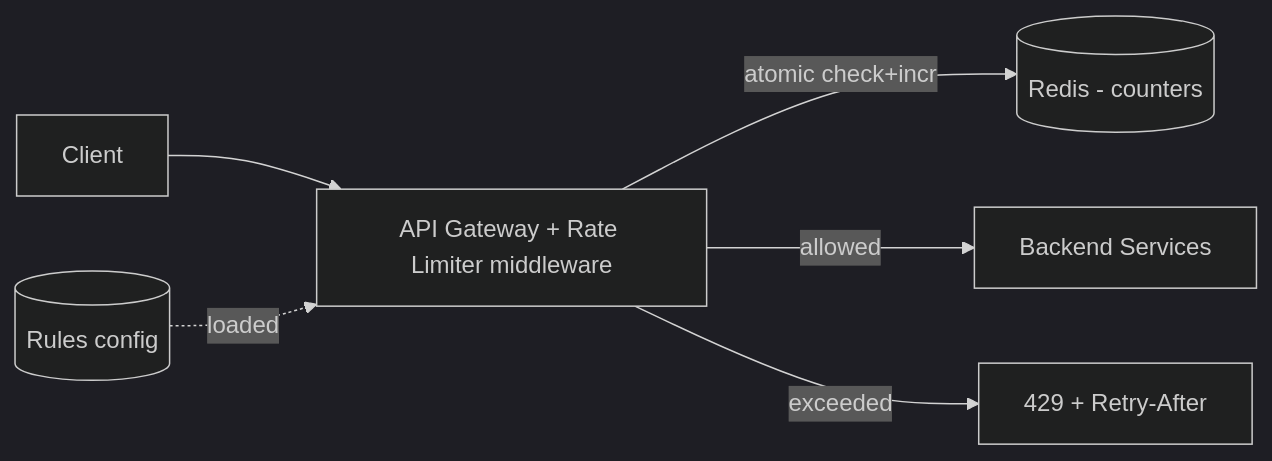
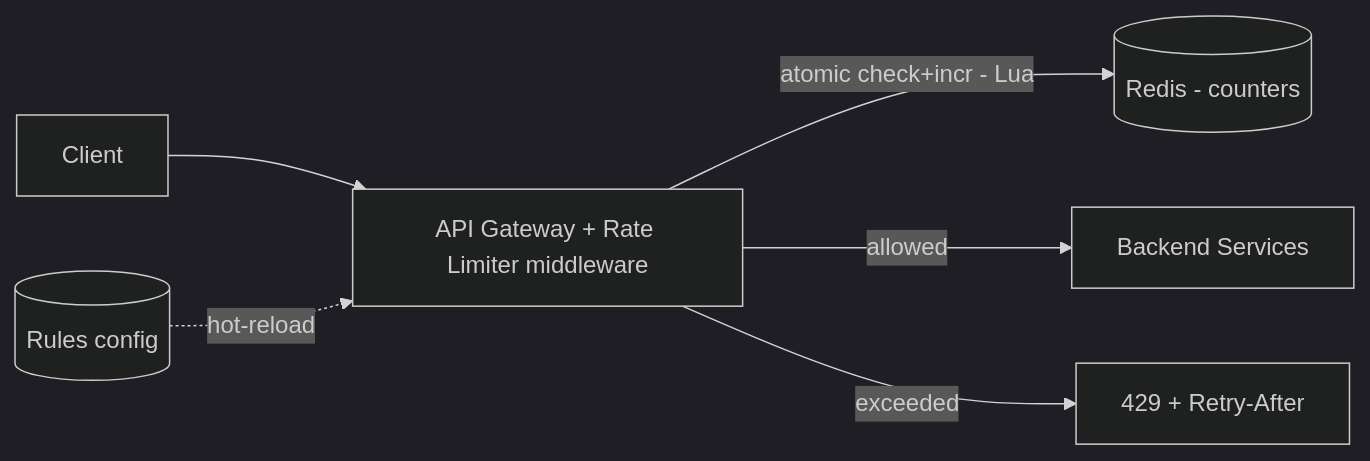
Before and after one commit to hiepgithub2001/swedocs: the diagram in system-design/2-case-studies/rate-limiter.md, drawn with Mermaid (dark theme). The commit also changed other lines of this file and 4 other files, not shown here.

````diff
--- a/system-design/2-case-studies/rate-limiter.md
+++ b/system-design/2-case-studies/rate-limiter.md
@@ -32,8 +47,8 @@
 ```mermaid
 flowchart LR
     C[Client] --> GW[API Gateway + Rate Limiter middleware]
-    GW -->|atomic check+incr| R[(Redis - counters)]
+    GW -->|atomic check+incr - Lua| R[(Redis - counters)]
     GW -->|allowed| S[Backend Services]
     GW -->|exceeded| X[429 + Retry-After]
-    Cfg[(Rules config)] -. loaded .-> GW
+    Cfg[(Rules config)] -. hot-reload .-> GW
 ```
````
